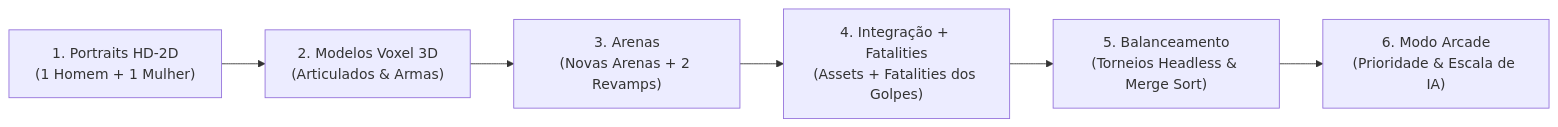
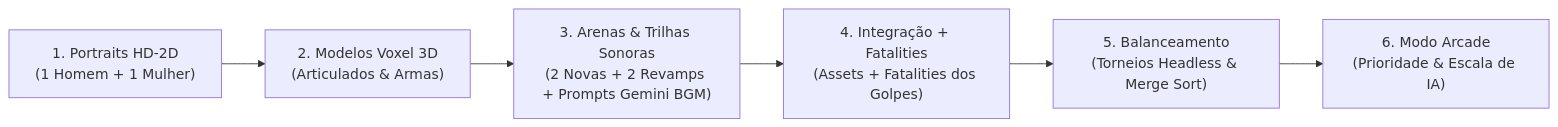
One commit to colletes/samurai-edge-demake changed the diagram in docs/EXPANSION_ROADMAP_AND_DESIGN.md. Above: the diagram before and after it, drawn with Mermaid. The commit also changed other lines of this file and 34 other files, not shown here.

First line of the commit message:
feat: Ciclo 1 do Roadmap - Ren e Chiyo, novas arenas, fatalities contextuais e tela de selecao com 24 slots

````diff
--- a/docs/EXPANSION_ROADMAP_AND_DESIGN.md
+++ b/docs/EXPANSION_ROADMAP_AND_DESIGN.md
@@ -35,8 +35,8 @@
 ```mermaid
 flowchart LR
     Step1["1. Portraits HD-2D<br>(1 Homem + 1 Mulher)"] --> Step2["2. Modelos Voxel 3D<br>(Articulados & Armas)"]
-    Step2 --> Step3["3. Arenas<br>(Novas Arenas + 2 Revamps)"]
+    Step2 --> Step3["3. Arenas & Trilhas Sonoras<br>(2 Novas + 2 Revamps + Prompts Gemini BGM)"]
     Step3 --> Step4["4. Integração + Fatalities<br>(Assets + Fatalities dos Golpes)"]
     Step4 --> Step5["5. Balanceamento<br>(Torneios Headless & Merge Sort)"]
     Step5 --> Step6["6. Modo Arcade<br>(Prioridade & Escala de IA)"]
 ```
````
